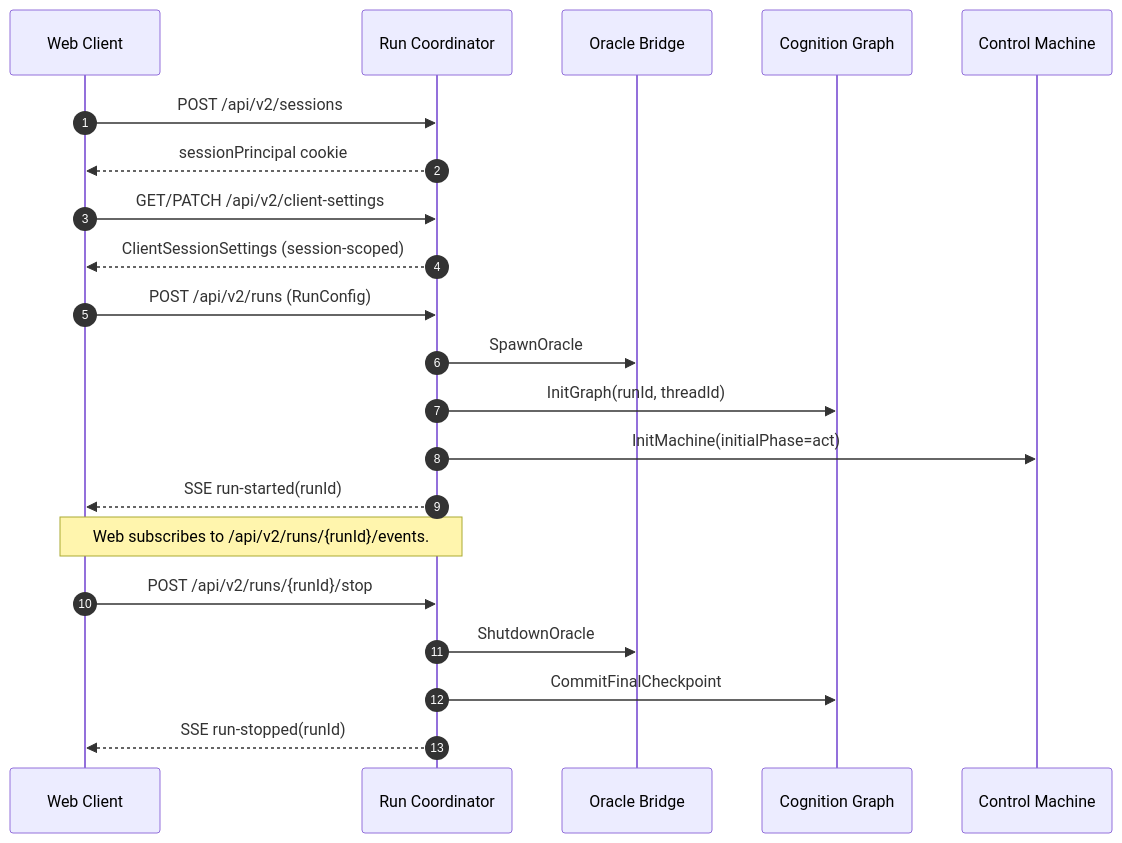
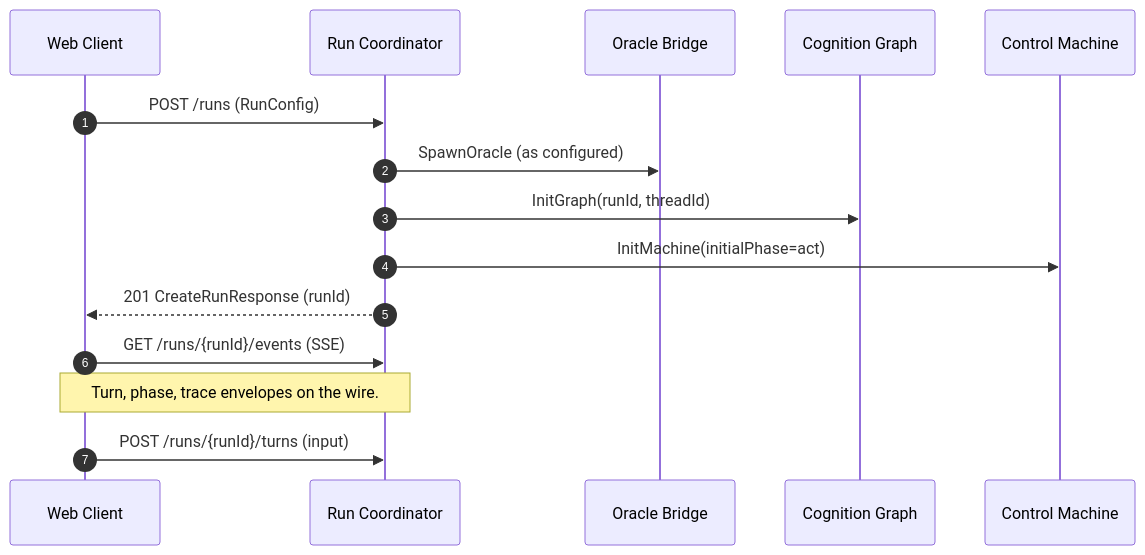
Before and after one commit to betsalel-williamson/adventure: the sixth of 6 diagrams in docs/architecture/adventure-v2/process-view.md, drawn with Mermaid. The commit also changed other lines of this file and 4 other files, not shown here.

````diff
--- a/docs/architecture/adventure-v2/process-view.md
+++ b/docs/architecture/adventure-v2/process-view.md
@@ -194,24 +196,18 @@
 ```mermaid
 sequenceDiagram
   autonumber
   participant Web as Web Client
   participant Coord as Run Coordinator
   participant Br as Oracle Bridge
   participant Cog as Cognition Graph
   participant Ctrl as Control Machine
 
-  Web->>Coord: POST /api/v2/sessions
-  Coord-->>Web: sessionPrincipal cookie
-  Web->>Coord: GET/PATCH /api/v2/client-settings
-  Coord-->>Web: ClientSessionSettings (session-scoped)
-  Web->>Coord: POST /api/v2/runs (RunConfig)
-  Coord->>Br: SpawnOracle
+  Web->>Coord: POST /runs (RunConfig)
+  Coord->>Br: SpawnOracle (as configured)
   Coord->>Cog: InitGraph(runId, threadId)
   Coord->>Ctrl: InitMachine(initialPhase=act)
-  Coord-->>Web: SSE run-started(runId)
-  Note over Web,Coord: Web subscribes to /api/v2/runs/{runId}/events.
-  Web->>Coord: POST /api/v2/runs/{runId}/stop
-  Coord->>Br: ShutdownOracle
-  Coord->>Cog: CommitFinalCheckpoint
-  Coord-->>Web: SSE run-stopped(runId)
+  Coord-->>Web: 201 CreateRunResponse (runId)
+  Web->>Coord: GET /runs/{runId}/events (SSE)
+  Note over Web,Coord: Turn, phase, trace envelopes on the wire.
+  Web->>Coord: POST /runs/{runId}/turns (input)
 ```
````
